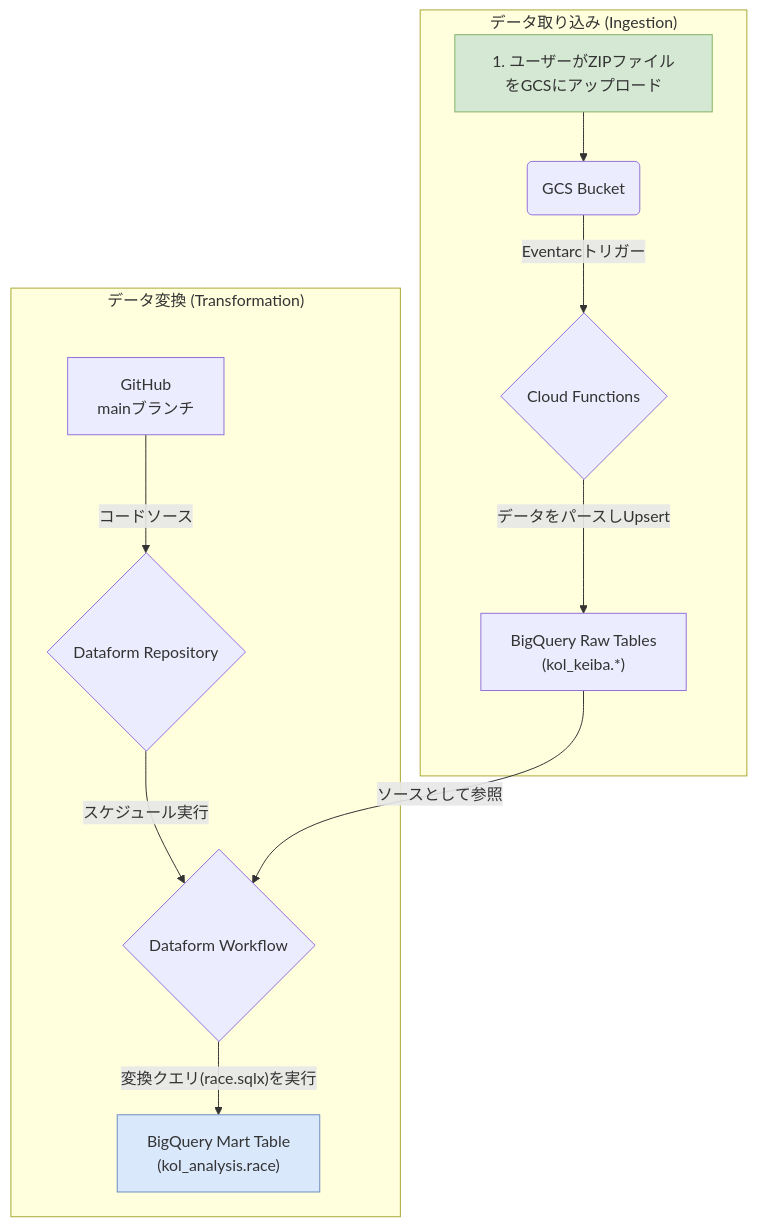
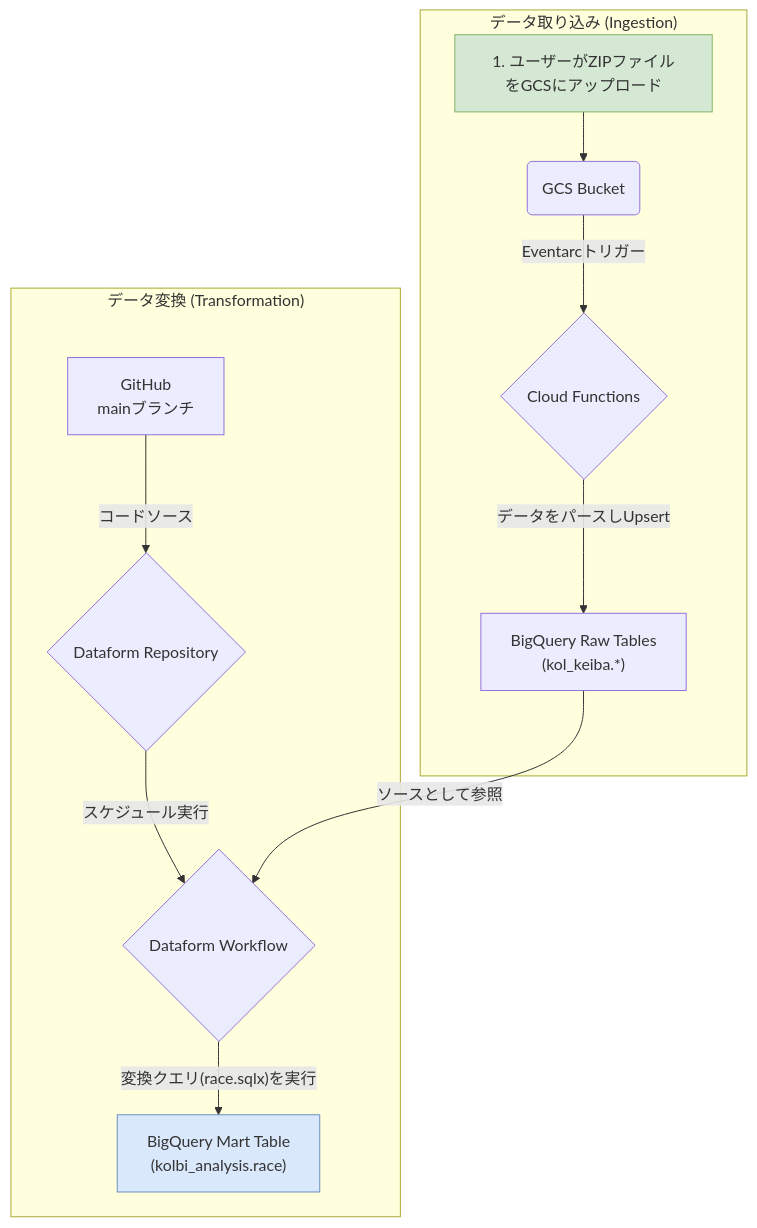
The diagram in README.md (ENDoDo/kol-gcp-dataform), drawn with Mermaid before and after one commit. The commit also changed other lines of this file and 1 other file, not shown here.

````diff
--- a/README.md
+++ b/README.md
@@ -17,18 +17,18 @@
 ```mermaid
 graph TD
     subgraph "データ取り込み (Ingestion)"
         A[1. ユーザーがZIPファイルをGCSにアップロード] --> B(GCS Bucket);
         B -- Eventarcトリガー --> C{Cloud Functions};
         C -- データをパースしUpsert --> D["BigQuery Raw Tables<br>(kol_keiba.*)"];
     end
 
     subgraph "データ変換 (Transformation)"
         Git[GitHub<br>mainブランチ] -- コードソース --> E{Dataform Repository};
         E -- スケジュール実行 --> F{Dataform Workflow};
-        F -- 変換クエリ(race.sqlx)を実行 --> G["BigQuery Mart Table<br>(kol_analysis.race)"];
+        F -- 変換クエリ(race.sqlx)を実行 --> G["BigQuery Mart Table<br>(kolbi_analysis.race)"];
         D -- ソースとして参照 --> F;
     end
 
     style A fill:#D5E8D4,stroke:#82B366
     style G fill:#DAE8FC,stroke:#6C8EBF
 ```
````
